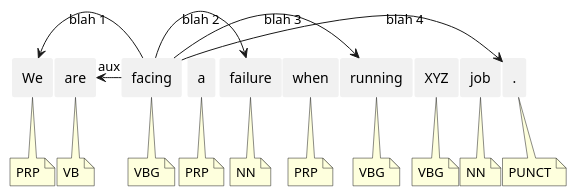
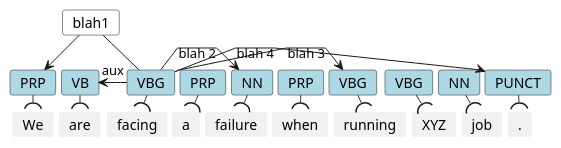
Before and after one commit to joerg-rade/domox: the diagram in docs/examples/gv2.puml, drawn with PlantUML. The commit also changed 9 other files, not shown here.

Commit message:
SentenceAdapterTest added, plantUml based TD diagram (2/n) dep edges colored like dependent

```diff
--- a/docs/examples/gv2.puml
+++ b/docs/examples/gv2.puml
@@ -1,71 +1,66 @@
 @startuml
-skinparam ranksep 0
-skinparam nodesep 1
+skinparam ranksep 1
+skinparam nodesep 5
+skinparam linetype polyline
 
-rectangle W1 as "We" #line:transparent
-note bottom of W1
-    PRP
-end note
+card We as W1 #line:transparent
+card PRP as N1 #lightblue
+N1 -d-( W1
 
-rectangle W2 as "are" #line:transparent
-note bottom of W2
-    VB
-end note
+card are as W2 #line:transparent
+card VB as N2 #lightblue
+N2 -d-( W2
 
-rectangle W3 as "facing" #line:transparent
-note bottom of W3
-    VBG
-end note
+card facing as W3 #line:transparent
+card VBG as N3 #lightblue
+N3 -d-( W3
 
-rectangle W4 as "a" #line:transparent
-note bottom of W4
-    PRP
-end note
+card a as W4 #line:transparent
+card PRP as N4 #lightblue
+N4 -d-( W4
 
-rectangle W5 as "failure" #line:transparent
-note bottom of W5
-    NN
-end note
+card failure as W5 #line:transparent
+card NN as N5 #lightblue
+N5 -d-( W5
 
-rectangle W6 as "when" #line:transparent
-note bottom of W6
-     PRP
-end note
+card when as W6 #line:transparent
+card PRP as N6 #lightblue
+N6 -d-( W6
 
-rectangle W7 as "running" #line:transparent
-note bottom of W7
-    VBG
-end note
+card running as W7 #line:transparent
+card VBG as N7 #lightblue
+N7 -d-( W7
 
-rectangle W8 as "XYZ" #line:transparent
-note bottom of W8
-    VBG
-end note
+card XYZ as W8 #line:transparent
+card VBG as N8 #lightblue
+N8 -d-( W8
 
-rectangle W9 as "job" #line:transparent
-note bottom of W9
-    NN
-end note
+card job as W9 #line:transparent
+card NN as N9 #lightblue
+N9 -d-( W9
 
-rectangle W10 as "." #line:transparent
-note bottom of W10
-    PUNCT
-end note
+card . as W10 #line:transparent
+card PUNCT as N10 #lightblue
+N10 -d-( W10
 
-W1 -r-> W2 #transparent
-W2 -r-> W3 #transparent
-W3 -r-> W4 #transparent
-W4 -r-> W5 #transparent
-W5 -r-> W6 #transparent
-W6 -r-> W7 #transparent
-W7 -r-> W8 #transparent
-W8 -r-> W9 #transparent
-W9 -r-> W10 #transparent
+N1 -r-> N2 #transparent
+N2 -r-> N3 #transparent
+N3 -r-> N4 #transparent
+N4 -r-> N5 #transparent
+N5 -r-> N6 #transparent
+N6 -r-> N7 #transparent
+N7 -r-> N8 #transparent
+N8 -r-> N9 #transparent
+N9 -r-> N10 #transparent
 'Handling directional edges with PlantUML syntax
-W3 -l--> W1 : "blah 1"
-W3 -r--> W7 : "blah 3"
-W3 -r--> W5 : "blah 2"
-W3 -r--> W10 : "blah 4"
-W3 -> W2 : "aux"
+card "blah1" as N3N1 #white
+'N3 -l-> N1 : "blah 1"
+N3 -u- N3N1
+N3N1 -d-> N1
+
+N3 -r-> N7 : "blah 3"
+N3 -r-> N5 : "blah 2"
+N3 -r-> N10 : "blah 4"
+N3 -l-> N2 : "aux"
 
 @enduml
```
